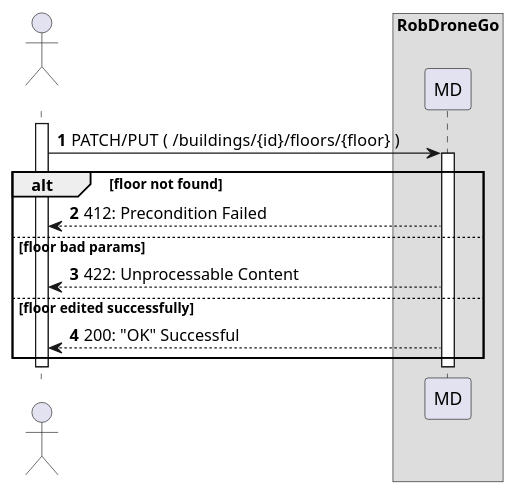
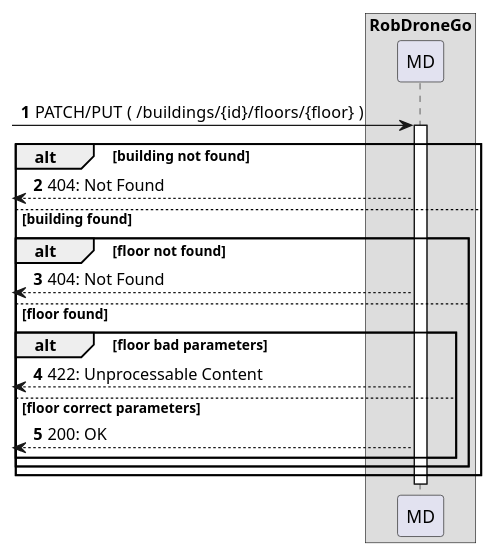
One commit to Departamento-de-Engenharia-Informatica/lapr5-23-24-g19 changed the diagram in docs/us200/level2/process-view.puml. Above: the diagram before and after it, drawn with PlantUML. The commit also changed 1 other file, not shown here.

```diff
--- a/docs/us200/level2/process-view.puml
+++ b/docs/us200/level2/process-view.puml
@@ -1,24 +1,24 @@
 @startuml
 autonumber
 
-actor " " as actor
 box "RobDroneGo"
 participant "MD" as mdr
 
-activate actor
-    actor -> mdr: PATCH/PUT  ( /buildings/{id}/floors/{floor} )
-        activate mdr
-
-        alt  floor not found
-        mdr --> actor : 412: Precondition Failed
-            else floor bad params
-            mdr --> actor : 422: Unprocessable Content
-        else floor edited successfully
-            mdr --> actor : 200: "OK" Successful
+[-> mdr: PATCH/PUT  ( /buildings/{id}/floors/{floor} )
+activate mdr
+    alt  building not found
+            [<-- mdr : 404: Not Found
+        else building found
+            alt floor not found
+                [<-- mdr : 404: Not Found
+            else floor found
+                alt floor bad parameters
+                    [<-- mdr : 422: Unprocessable Content
+                else floor correct parameters
+                    [<-- mdr : 200: OK
+            end
         end
-
-    deactivate mdr
-deactivate actor
-
+    end
+deactivate mdr
 
 @enduml
```
